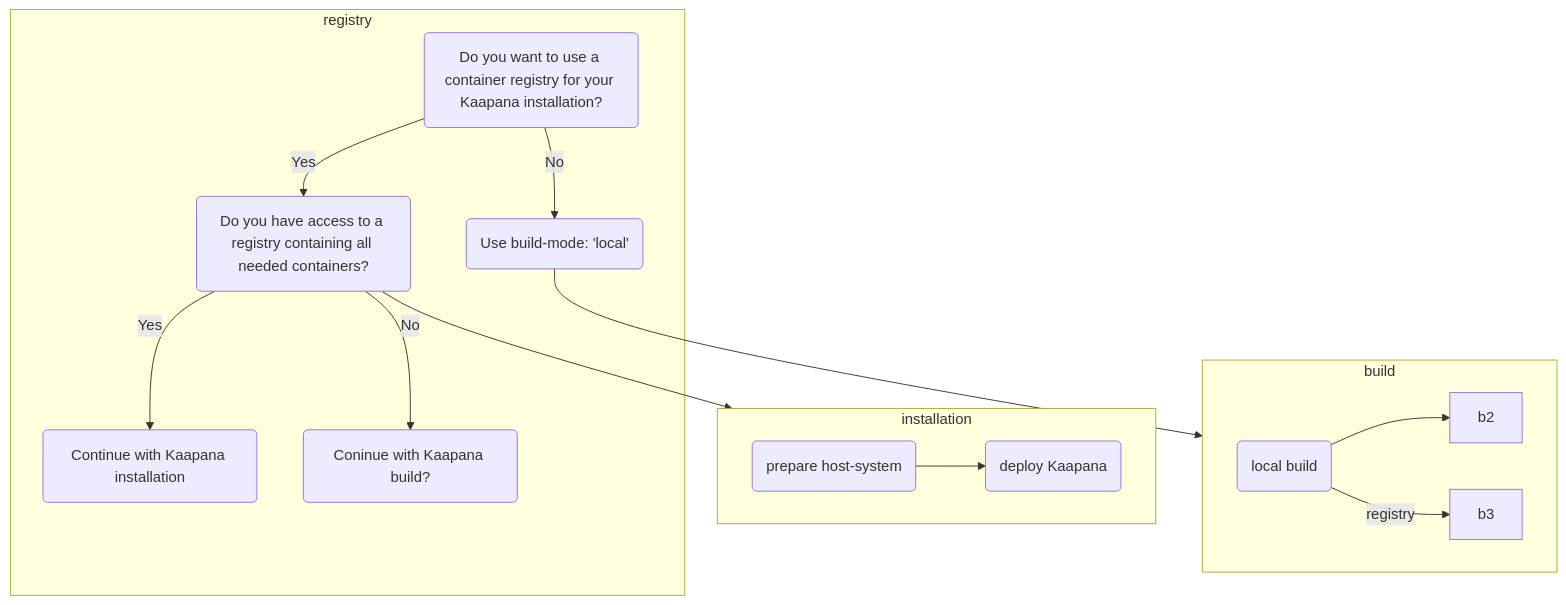
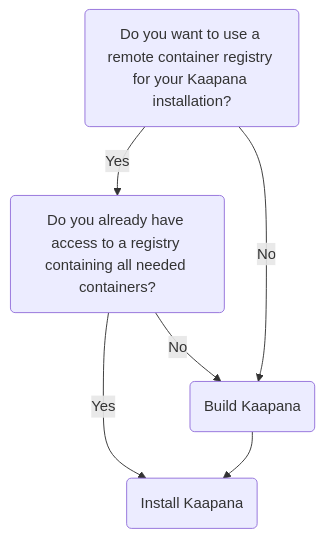
One commit to kaapana/kaapana changed the diagram in docs/source/getting_started.rst. Above: the diagram before and after it, drawn with Mermaid. The commit also changed other lines of this file and 9 other files, not shown here.

```diff
--- a/docs/source/getting_started.rst
+++ b/docs/source/getting_started.rst
@@ -16,19 +30,10 @@
-.. mermaid::
+   .. mermaid::
 
-   flowchart TB
-      subgraph registry
-      a1(Do you want to use a container registry for your Kaapana installation?)
-      a1-->|Yes| a2(Do you have access to a registry containing all needed containers?)
-      a1-->|No| a3(Use build-mode: 'local')
-      a2-->|Yes| a4(Continue with Kaapana installation)
-      a2-->|No| a5(Coninue with Kaapana build?)
-      end
-      subgraph build
-      b1(local build)--> b2 
-      b1-->|registry| b3
-      end
-      subgraph installation
-      c1(prepare host-system)-->c2(deploy Kaapana)
-      end
-      a3 --> build
-      a2 --> installation
+      flowchart TB
+         a1(Do you want to use a remote container registry for your Kaapana installation?)
+         a1-->|Yes| a2(Do you already have access to a registry containing all needed containers?)
+         a1-->|No| b1
+         a2-->|Yes| c1
+         a2-->|No| b1
+         b1(Build Kaapana) --> c1
+         c1(Install Kaapana)
```
